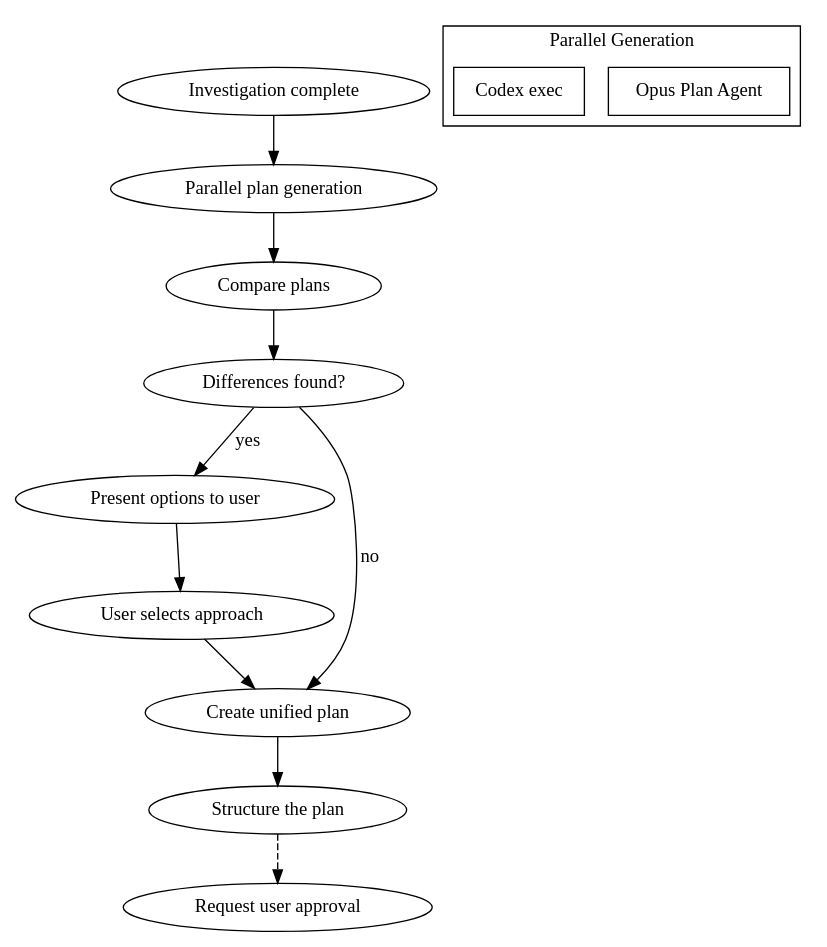
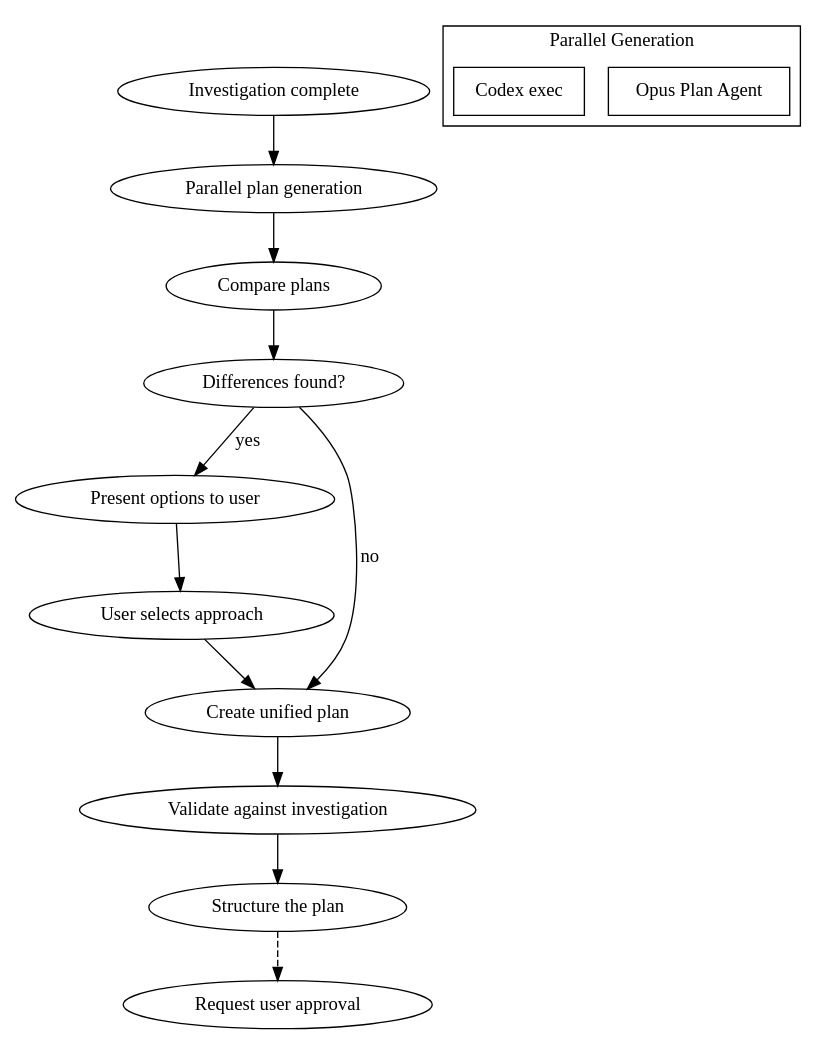
Before and after one commit to tasai-lab/fractal-dev-workflow: the diagram in skills/planning/SKILL.md, drawn with Graphviz. The commit also changed other lines of this file and 5 other files, not shown here.

````diff
--- a/skills/planning/SKILL.md
+++ b/skills/planning/SKILL.md
@@ -22,20 +24,21 @@
 ```dot
 digraph planning {
     "Investigation complete" -> "Parallel plan generation";
 
     subgraph cluster_parallel {
         label="Parallel Generation";
         "Opus Plan Agent" [shape=box];
         "Codex exec" [shape=box];
     }
 
     "Parallel plan generation" -> "Compare plans";
     "Compare plans" -> "Differences found?" [shape=diamond];
     "Differences found?" -> "Present options to user" [label="yes"];
     "Present options to user" -> "User selects approach";
     "User selects approach" -> "Create unified plan";
     "Differences found?" -> "Create unified plan" [label="no"];
-    "Create unified plan" -> "Structure the plan";
+    "Create unified plan" -> "Validate against investigation";
+    "Validate against investigation" -> "Structure the plan";
     "Structure the plan" -> "Request user approval" [style=dashed];
 }
 ```
````
